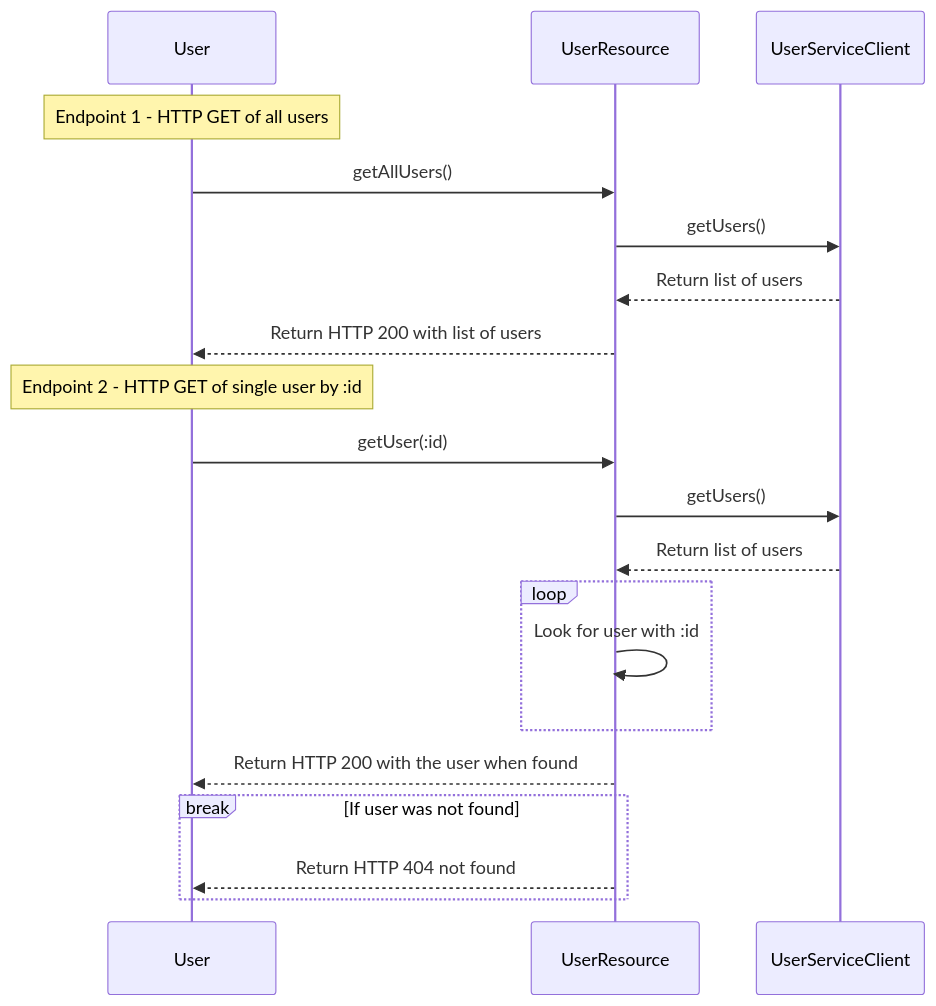
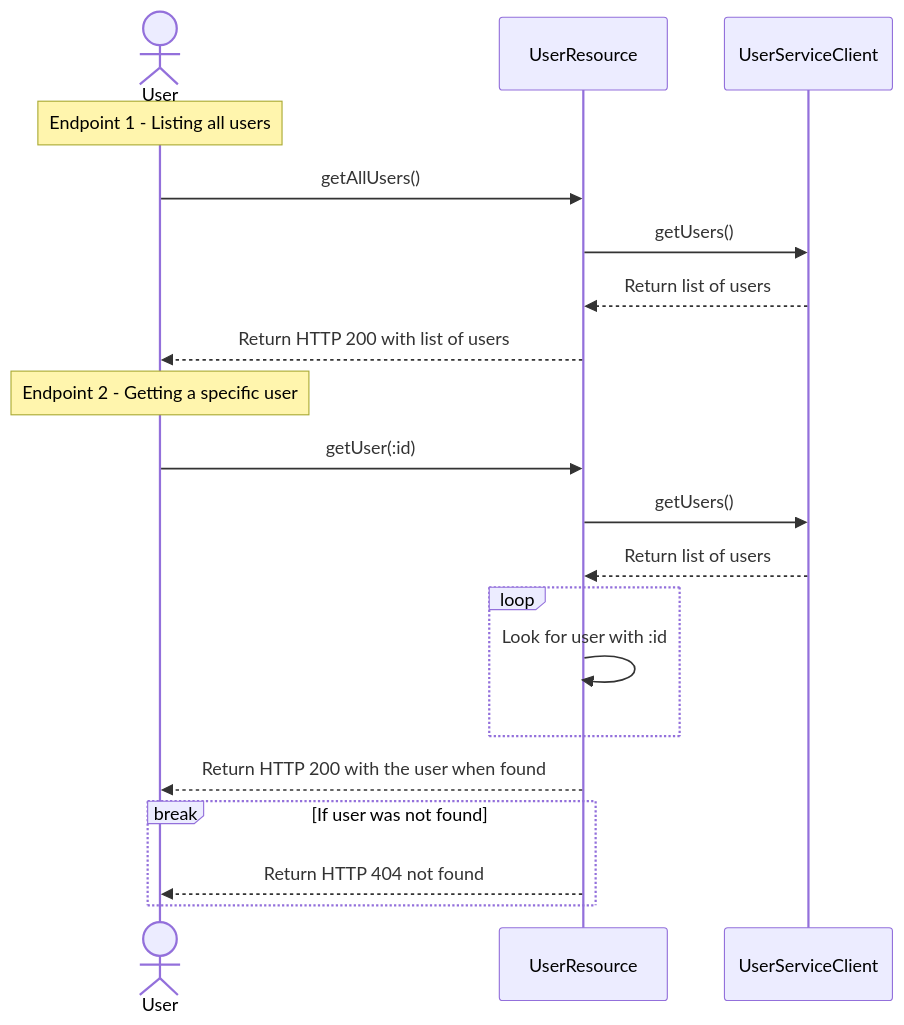
One commit to Tietoevry-IM-Recruitment/caching changed the diagram in README.md. Above: the diagram before and after it, drawn with Mermaid.

Commit message:
Small diagram update

````diff
--- a/README.md
+++ b/README.md
@@ -34,24 +34,24 @@
 ```mermaid
 sequenceDiagram
-    participant User
+    actor User
     participant UserResource
     participant UserServiceClient
 
-    Note over User: Endpoint 1 - HTTP GET of all users
+    Note over User: Endpoint 1 - Listing all users
     User ->> UserResource: getAllUsers()
     UserResource ->> UserServiceClient: getUsers()
     UserServiceClient -->> UserResource: Return list of users
     UserResource -->> User: Return HTTP 200 with list of users
 
-    Note over User: Endpoint 2 - HTTP GET of single user by :id
+    Note over User: Endpoint 2 - Getting a specific user
     User ->> UserResource: getUser(:id)
     UserResource ->> UserServiceClient: getUsers()
     UserServiceClient -->> UserResource: Return list of users
     loop
         UserResource ->> UserResource: Look for user with :id
     end
     UserResource -->> User: Return HTTP 200 with the user when found
     break If user was not found
         UserResource -->> User: Return HTTP 404 not found
     end
 ```
````
